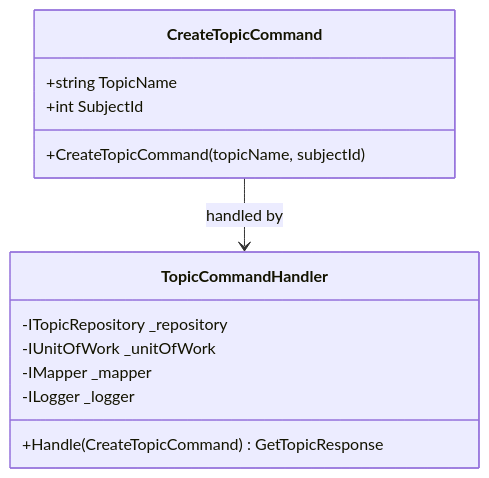
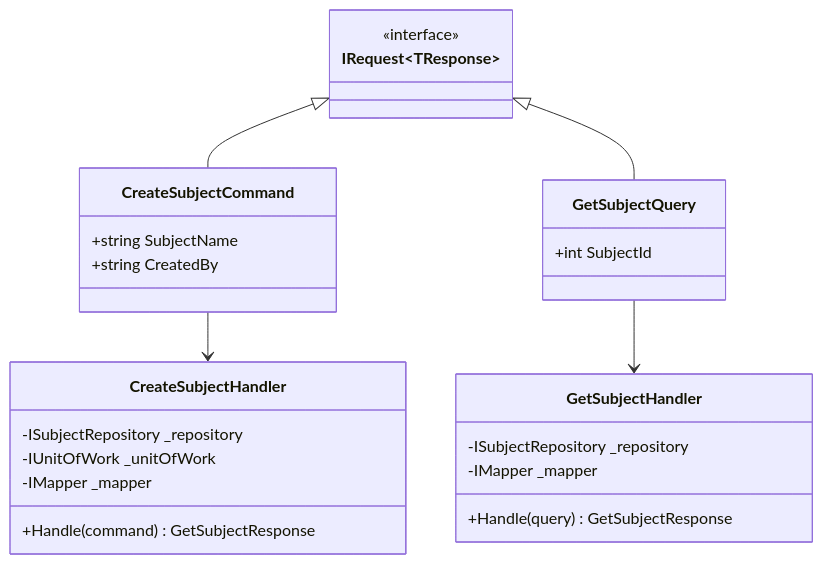
One commit to nirmand/Wisgenix-AI changed the fourth of 13 diagrams in docs/low-level-design.md. Above: the diagram before and after it, drawn with Mermaid. The commit also changed other lines of this file and 3 other files, not shown here.

````diff
--- a/docs/low-level-design.md
+++ b/docs/low-level-design.md
@@ -77,18 +128,33 @@
 ```mermaid
 classDiagram
-    class CreateTopicCommand {
-        +string TopicName
-        +int SubjectId
-        +CreateTopicCommand(topicName, subjectId)
+    class IRequest~TResponse~ {
+        <<interface>>
     }
     
-    class TopicCommandHandler {
-        -ITopicRepository _repository
+    class CreateSubjectCommand {
+        +string SubjectName
+        +string CreatedBy
+    }
+    
+    class CreateSubjectHandler {
+        -ISubjectRepository _repository
         -IUnitOfWork _unitOfWork
         -IMapper _mapper
-        -ILogger _logger
-        +Handle(CreateTopicCommand) GetTopicResponse
+        +Handle(command) GetSubjectResponse
     }
     
-    CreateTopicCommand --> TopicCommandHandler : handled by
+    class GetSubjectQuery {
+        +int SubjectId
+    }
+    
+    class GetSubjectHandler {
+        -ISubjectRepository _repository
+        -IMapper _mapper
+        +Handle(query) GetSubjectResponse
+    }
+    
+    IRequest~TResponse~ <|-- CreateSubjectCommand
+    IRequest~TResponse~ <|-- GetSubjectQuery
+    CreateSubjectCommand --> CreateSubjectHandler
+    GetSubjectQuery --> GetSubjectHandler
 ```
````
